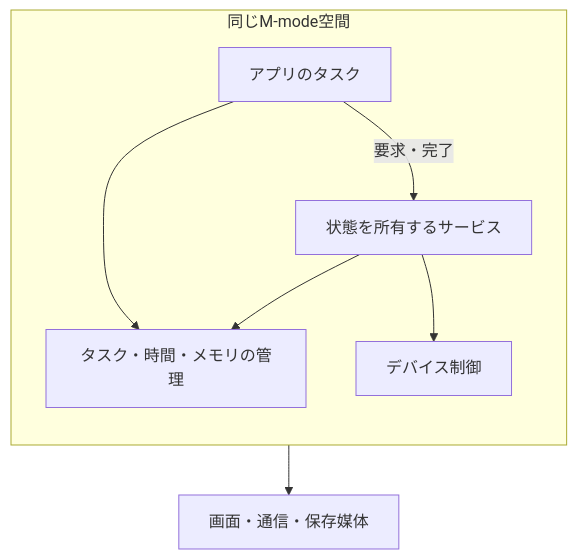
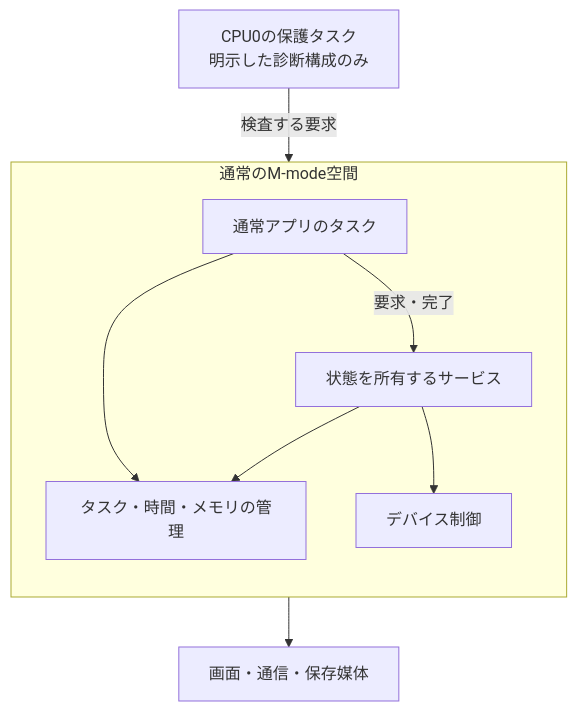
One commit to masanork/nihos changed the diagram in docs/book/figures/os-responsibilities.mmd. Above: the diagram before and after it, drawn with Mermaid. The commit also changed 78 other files, not shown here.

```diff
--- a/docs/book/figures/os-responsibilities.mmd
+++ b/docs/book/figures/os-responsibilities.mmd
@@ -1,11 +1,12 @@
 flowchart TB
-    accTitle: 仕事の分担と、現在の保護範囲
-    accDescr: nihosのタスクとサービスは同じM-mode空間にある。要求を渡す構造はあるが、その分担だけで任意の書込みを隔離できるわけではない。
-    subgraph same["同じM-mode空間"]
+    accTitle: 通常の役割分担と、追加したCPU0の保護境界
+    accDescr: 通常のアプリとサービスは同じM-mode空間に残る。別枠のCPU0診断タスクからは検査する要求を介してカーネルへ入る。既存サービスへの直接接続を示す図ではない。
+    U["CPU0の保護タスク\n明示した診断構成のみ"] -->|"検査する要求"| K
+    subgraph same["通常のM-mode空間"]
       direction TB
-      A["アプリのタスク"] -->|"要求・完了"| S["状態を所有するサービス"]
+      A["通常アプリのタスク"] -->|"要求・完了"| S["状態を所有するサービス"]
       A --> K["タスク・時間・メモリの管理"]
       S --> K
       S --> D["デバイス制御"]
     end
     D --> H["画面・通信・保存媒体"]
```
